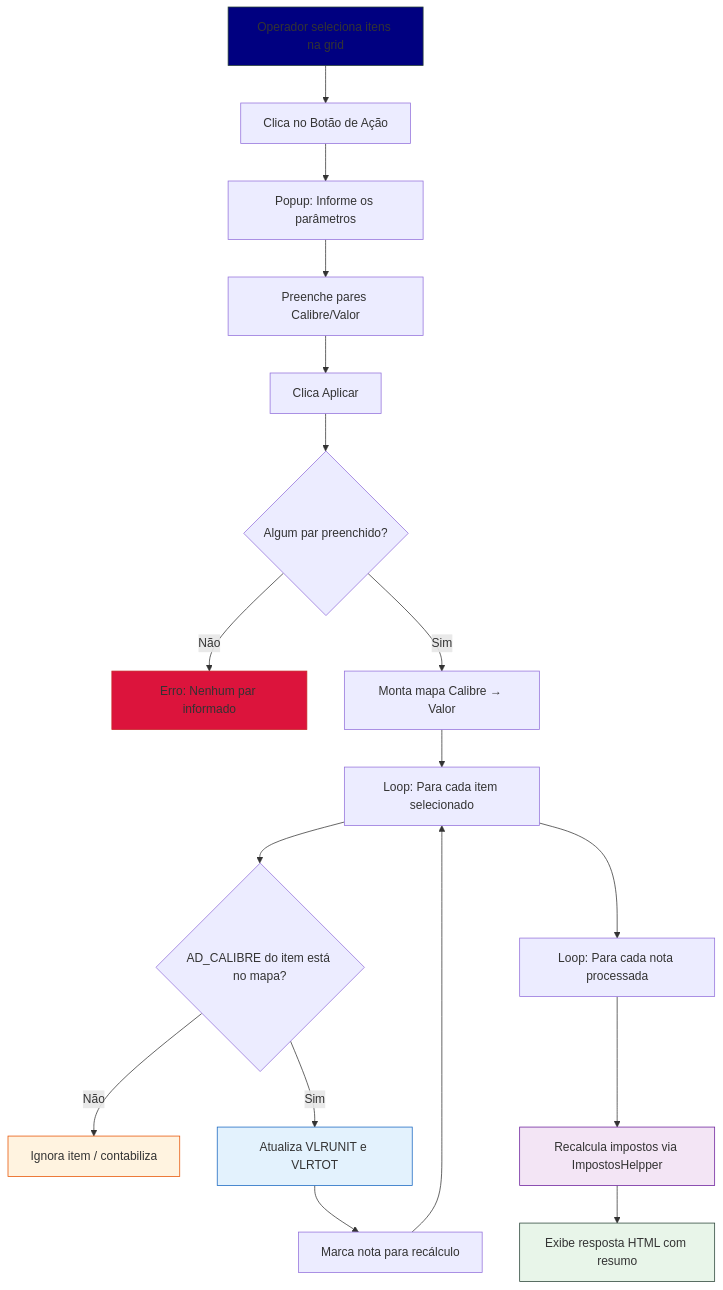
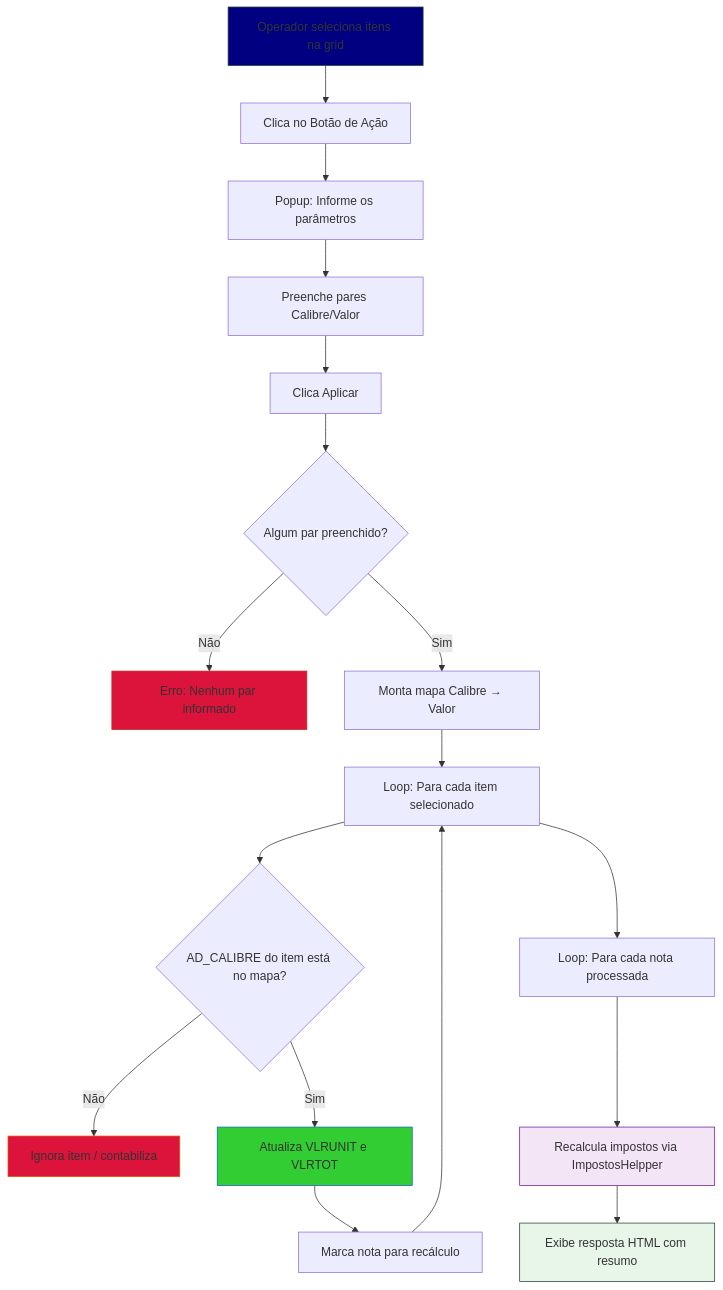
Before and after one commit to GrupoArgoFruta/BA-ATUALIZAR-CALIBRE-VLRUNITARIO: the diagram in README.md, drawn with Mermaid.

Commit message:
docs(EB-XX): README.D inicores do fluxo

````diff
--- a/README.md
+++ b/README.md
@@ -126,26 +126,26 @@
 ```mermaid
 flowchart TD
     A[Operador seleciona itens na grid] --> B[Clica no Botão de Ação]
     B --> C[Popup: Informe os parâmetros]
     C --> D[Preenche pares Calibre/Valor]
     D --> E[Clica Aplicar]
     E --> F{Algum par preenchido?}
     F -- Não --> G[Erro: Nenhum par informado]
     F -- Sim --> H[Monta mapa Calibre → Valor]
     H --> I[Loop: Para cada item selecionado]
     I --> J{AD_CALIBRE do item está no mapa?}
     J -- Não --> K[Ignora item / contabiliza]
     J -- Sim --> L[Atualiza VLRUNIT e VLRTOT]
     L --> M[Marca nota para recálculo]
     M --> I
     I --> N[Loop: Para cada nota processada]
     N --> O[Recalcula impostos via ImpostosHelpper]
     O --> P[Exibe resposta HTML com resumo]
 
     style A fill:#000080,stroke:#274135
     style P fill:#e8f5e9,stroke:#274135
     style G fill:#DC143C,stroke:#c62828
-    style K fill:#fff3e0,stroke:#e65100
-    style L fill:#e3f2fd,stroke:#1565c0
+    style K fill:#DC143C,stroke:#e65100
+    style L fill:#32CD32,stroke:#1565c0
     style O fill:#f3e5f5,stroke:#6a1b9a
 ```
````
